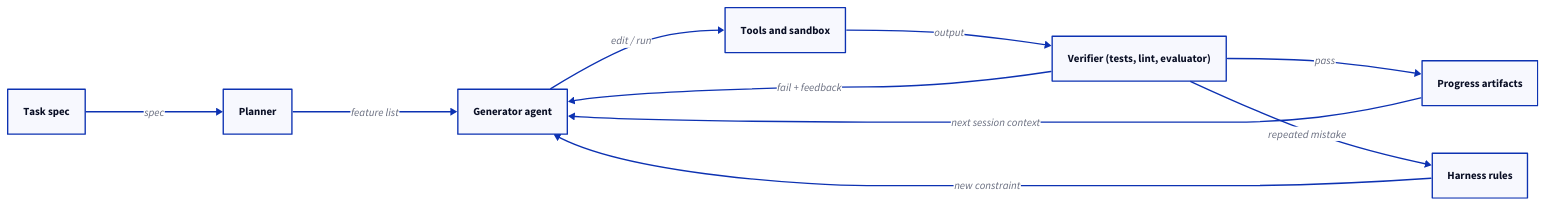
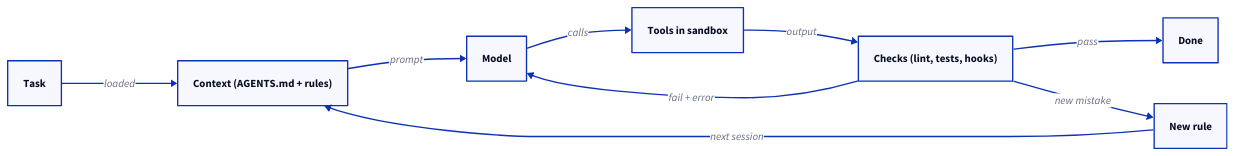
Before and after one commit to kobyal/ai-news-briefing: the diagram in blog/public/posts/harness-engineering/diagram.d2, drawn with D2. The commit also changed 43 other files, not shown here.

```diff
--- a/blog/public/posts/harness-engineering/diagram.d2
+++ b/blog/public/posts/harness-engineering/diagram.d2
@@ -1,17 +1,16 @@
 direction: right
-task: Task spec
-planner: Planner
-generator: Generator agent
-tools: Tools and sandbox
-verifier: Verifier (tests, lint, evaluator)
-artifacts: Progress artifacts
-rules: Harness rules
-task -> planner: spec
-planner -> generator: feature list
-generator -> tools: edit / run
-tools -> verifier: output
-verifier -> generator: fail + feedback
-verifier -> artifacts: pass
-artifacts -> generator: next session context
-verifier -> rules: repeated mistake
-rules -> generator: new constraint
+task: Task
+context: Context (AGENTS.md + rules)
+model: Model
+tools: Tools in sandbox
+checks: Checks (lint, tests, hooks)
+done: Done
+rules: New rule
+task -> context: loaded
+context -> model: prompt
+model -> tools: calls
+tools -> checks: output
+checks -> done: pass
+checks -> model: fail + error
+checks -> rules: new mistake
+rules -> context: next session
```
